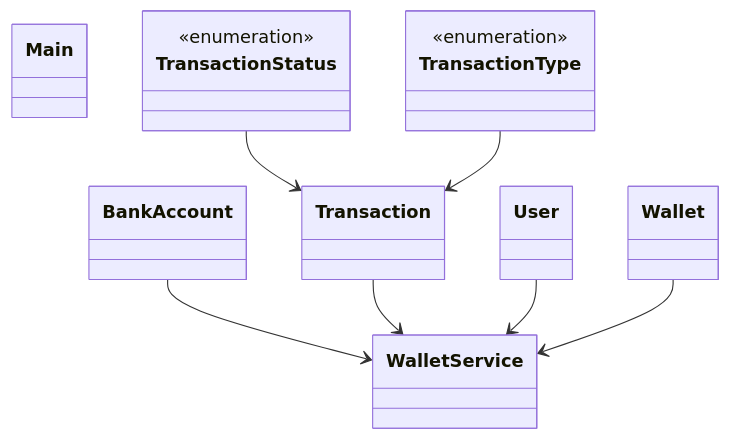
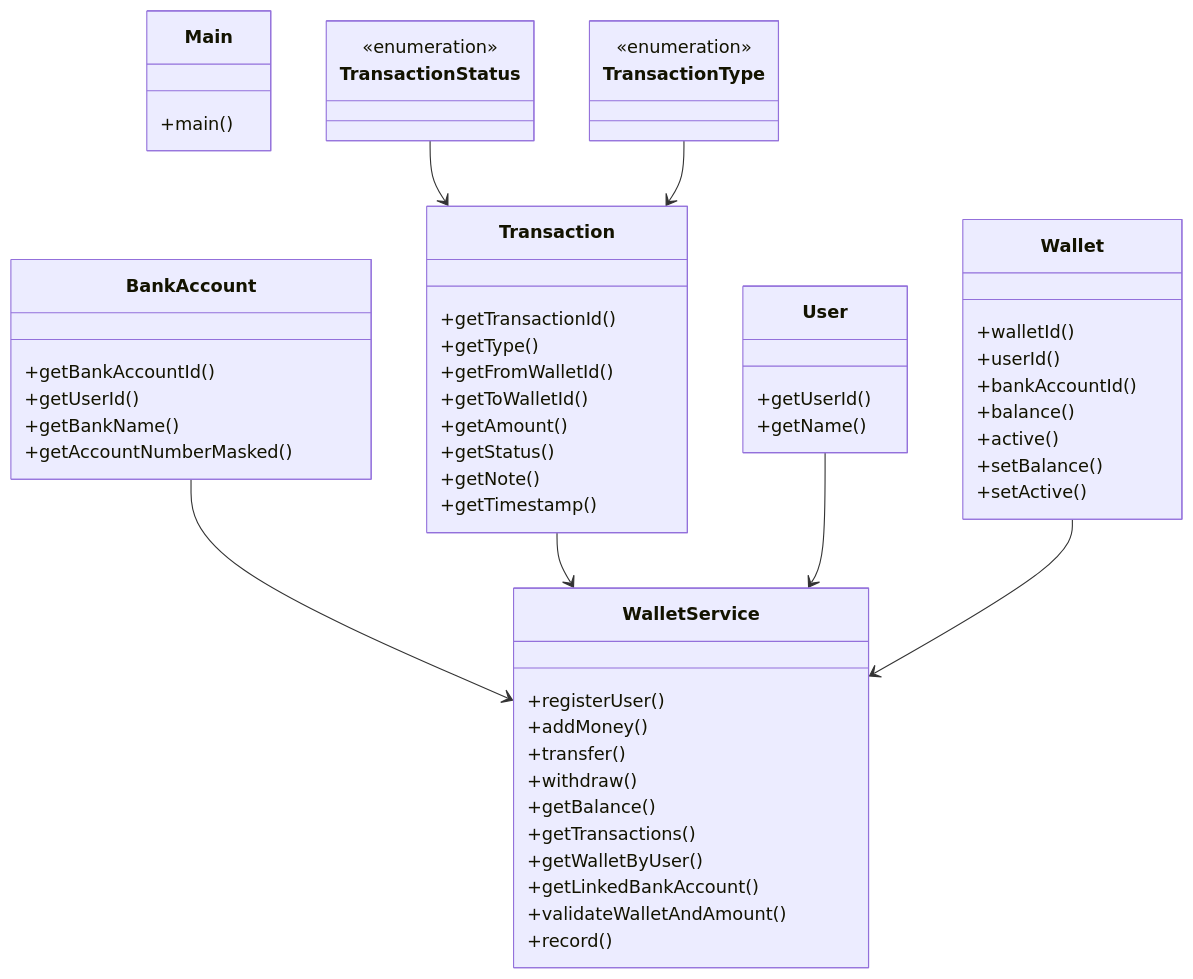
One commit to amanjaiswal30/dsa-solutions changed the diagram in questions/low_level_design/15_digital_wallet_lld.md. Above: the diagram before and after it, drawn with Mermaid. The commit also changed other lines of this file and 210 other files, not shown here.

````diff
--- a/questions/low_level_design/15_digital_wallet_lld.md
+++ b/questions/low_level_design/15_digital_wallet_lld.md
@@ -51,21 +51,59 @@
 ```mermaid
 classDiagram
-    class BankAccount
-    class Main
-    class Transaction
+    class BankAccount {
+        +getBankAccountId()
+        +getUserId()
+        +getBankName()
+        +getAccountNumberMasked()
+    }
+    class Main {
+        +main()
+    }
+    class Transaction {
+        +getTransactionId()
+        +getType()
+        +getFromWalletId()
+        +getToWalletId()
+        +getAmount()
+        +getStatus()
+        +getNote()
+        +getTimestamp()
+    }
     class TransactionStatus {
         <<enumeration>>
     }
     class TransactionType {
         <<enumeration>>
     }
-    class User
-    class Wallet
-    class WalletService
+    class User {
+        +getUserId()
+        +getName()
+    }
+    class Wallet {
+        +walletId()
+        +userId()
+        +bankAccountId()
+        +balance()
+        +active()
+        +setBalance()
+        +setActive()
+    }
+    class WalletService {
+        +registerUser()
+        +addMoney()
+        +transfer()
+        +withdraw()
+        +getBalance()
+        +getTransactions()
+        +getWalletByUser()
+        +getLinkedBankAccount()
+        +validateWalletAndAmount()
+        +record()
+    }
     TransactionStatus --> Transaction
     TransactionType --> Transaction
     BankAccount --> WalletService
     Transaction --> WalletService
     User --> WalletService
     Wallet --> WalletService
 ```
````
